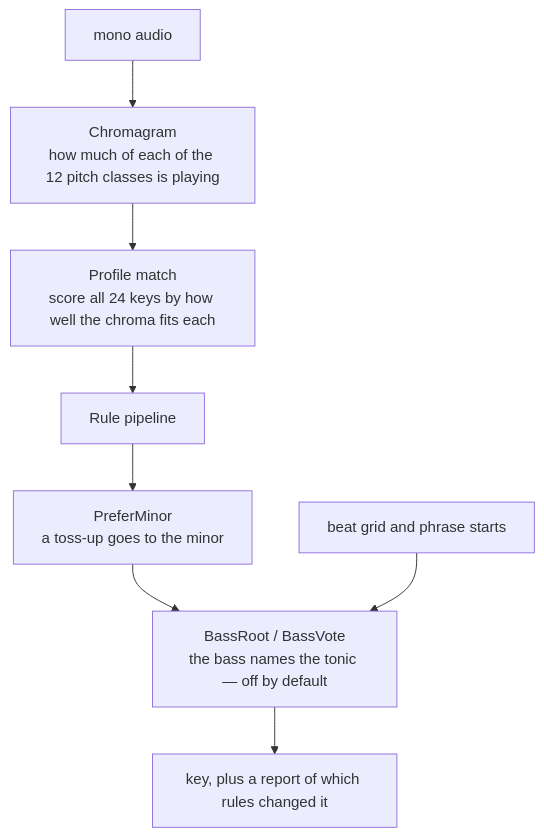
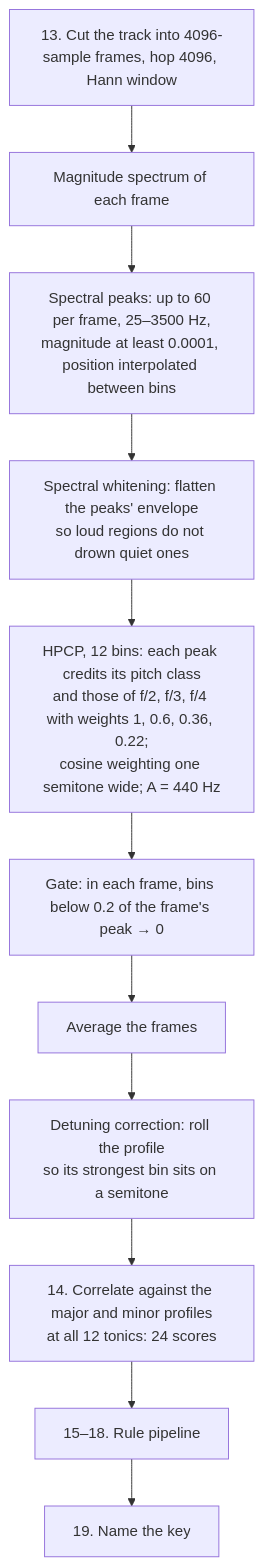
One commit to Wirlax/rbxport changed the diagram in crates/rbl-analysis/docs/key.md. Above: the diagram before and after it, drawn with Mermaid. The commit also changed other lines of this file and 4 other files, not shown here.

Commit message:
docs: the beat and key documents describe the target pipeline — kick attacks, bar-by-bar tempo changes, Faraldo's edmkey

````diff
--- a/crates/rbl-analysis/docs/key.md
+++ b/crates/rbl-analysis/docs/key.md
@@ -6,10 +10,13 @@
 ```mermaid
 flowchart TD
-    A[mono audio] --> B[Chromagram<br/>how much of each of the 12 pitch classes is playing]
-    B --> C[Profile match<br/>score all 24 keys by how well the chroma fits each]
-    C --> D[Rule pipeline]
-    D --> D1[PreferMinor<br/>a toss-up goes to the minor]
-    D1 --> D2[BassRoot / BassVote<br/>the bass names the tonic — off by default]
-    D2 --> E[key, plus a report of which rules changed it]
-    F[beat grid and phrase starts] --> D2
+    A[13. Cut the track into 4096-sample frames, hop 4096, Hann window] --> B[Magnitude spectrum of each frame]
+    B --> C[Spectral peaks: up to 60 per frame, 25–3500 Hz,<br/>magnitude at least 0.0001, position interpolated between bins]
+    C --> D[Spectral whitening: flatten the peaks' envelope<br/>so loud regions do not drown quiet ones]
+    D --> E[HPCP, 12 bins: each peak credits its pitch class<br/>and those of f/2, f/3, f/4 with weights 1, 0.6, 0.36, 0.22;<br/>cosine weighting one semitone wide; A = 440 Hz]
+    E --> F[Gate: in each frame, bins below 0.2 of the frame's peak → 0]
+    F --> G[Average the frames]
+    G --> H[Detuning correction: roll the profile<br/>so its strongest bin sits on a semitone]
+    H --> I[14. Correlate against the major and minor profiles<br/>at all 12 tonics: 24 scores]
+    I --> J[15–18. Rule pipeline]
+    J --> K[19. Name the key]
 ```
````
